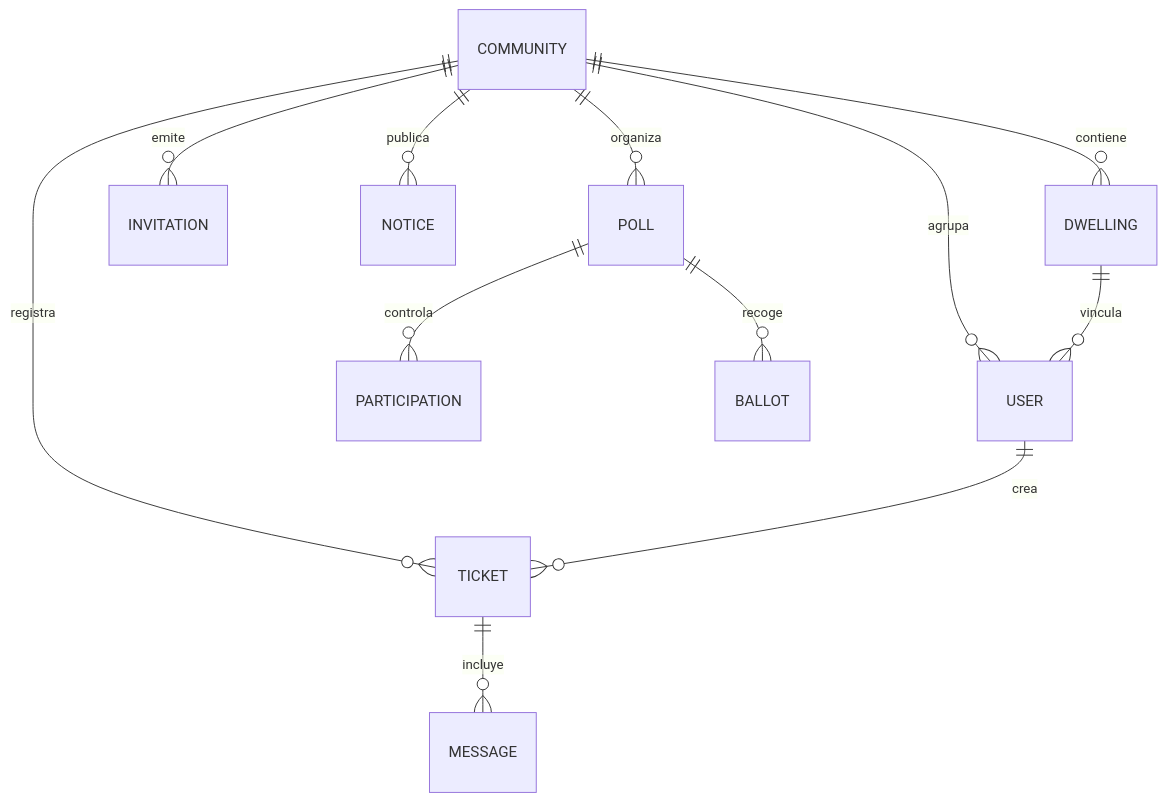
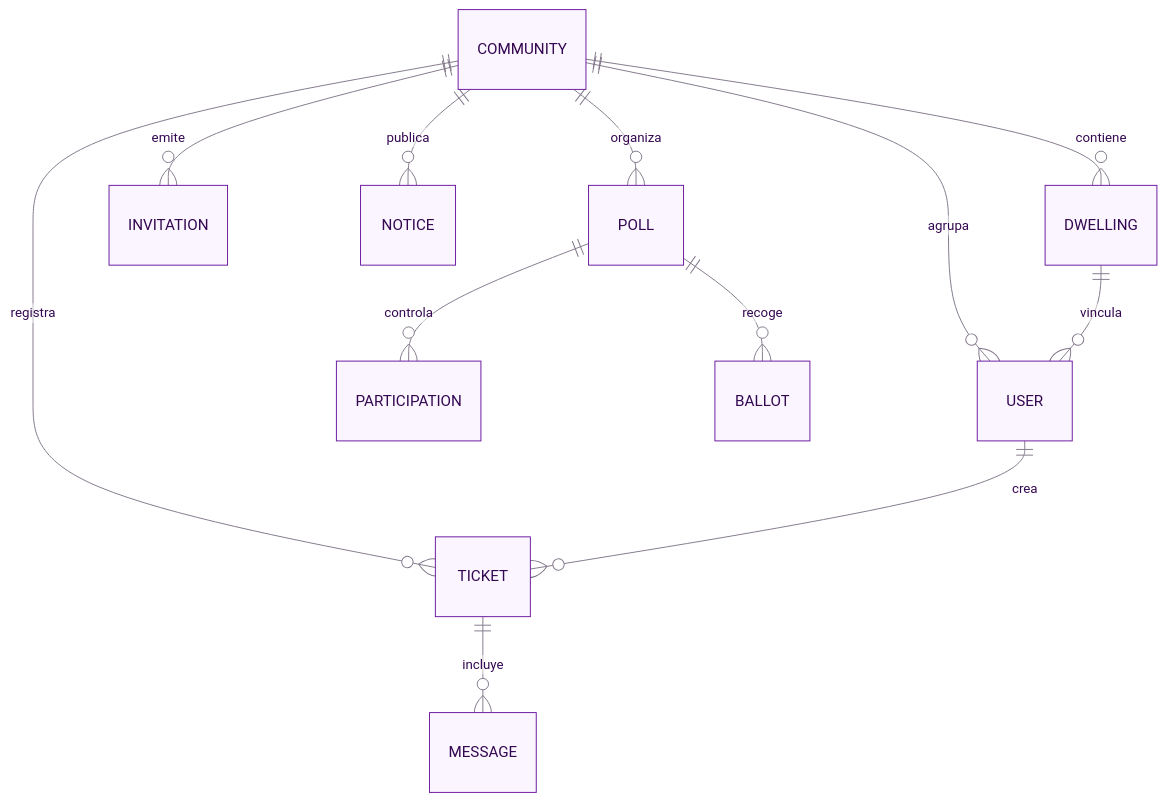
The second of 2 diagrams in docs/viabilidad-tecnica.md (Lmrocio/Moravia), drawn with Mermaid before and after one commit. The commit also changed other lines of this file and 29 other files, not shown here.

````diff
--- a/docs/viabilidad-tecnica.md
+++ b/docs/viabilidad-tecnica.md
@@ -53,14 +74,24 @@
 ```mermaid
+---
+config:
+  theme: base
+  themeVariables:
+    primaryColor: "#faf5fe"
+    primaryTextColor: "#340851"
+    primaryBorderColor: "#68169e"
+    lineColor: "#81768a"
+    fontFamily: "system-ui, sans-serif"
+---
 erDiagram
     COMMUNITY ||--o{ DWELLING : contiene
     COMMUNITY ||--o{ USER : agrupa
     COMMUNITY ||--o{ INVITATION : emite
     COMMUNITY ||--o{ TICKET : registra
     COMMUNITY ||--o{ NOTICE : publica
     COMMUNITY ||--o{ POLL : organiza
     DWELLING ||--o{ USER : vincula
     USER ||--o{ TICKET : crea
     TICKET ||--o{ MESSAGE : incluye
     POLL ||--o{ PARTICIPATION : controla
     POLL ||--o{ BALLOT : recoge
 ```
````
